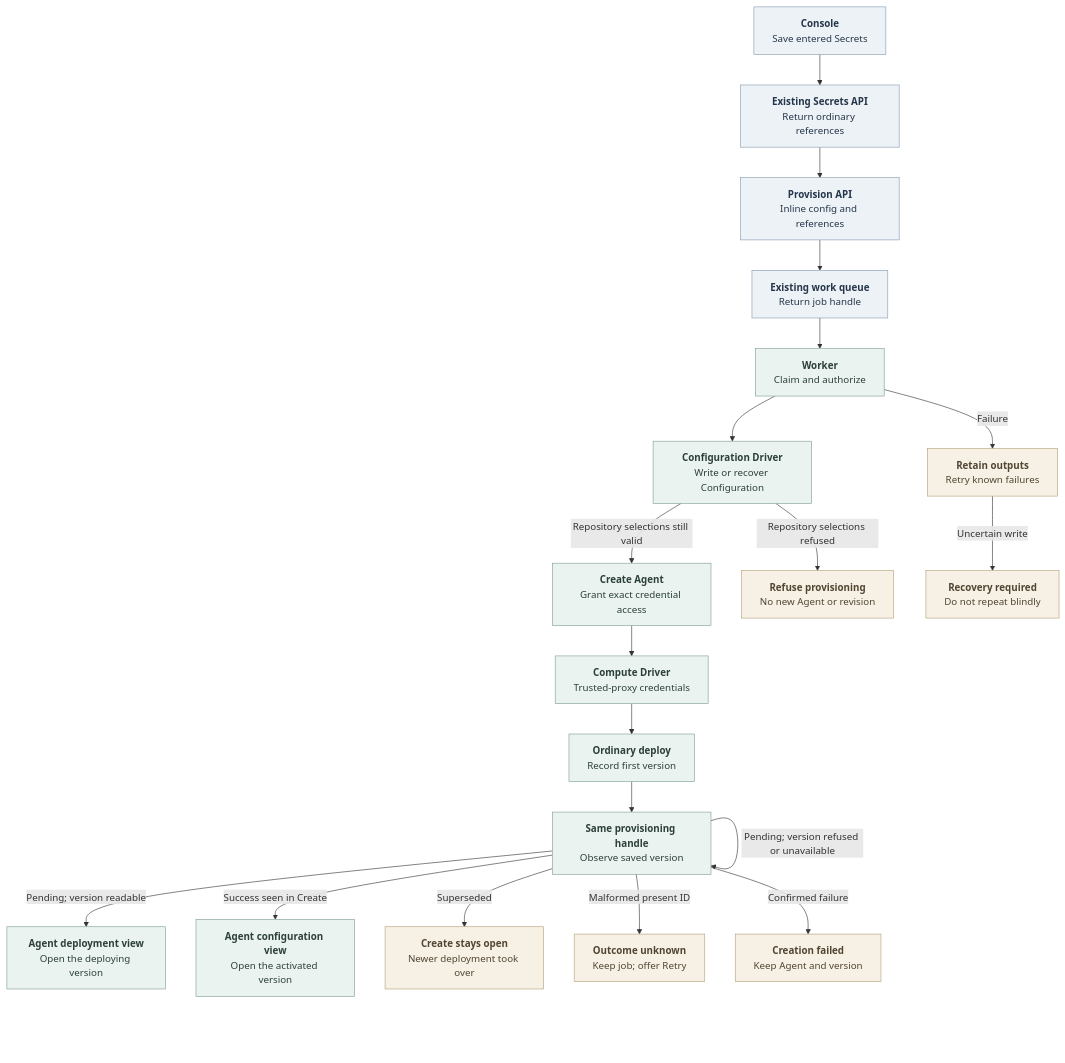
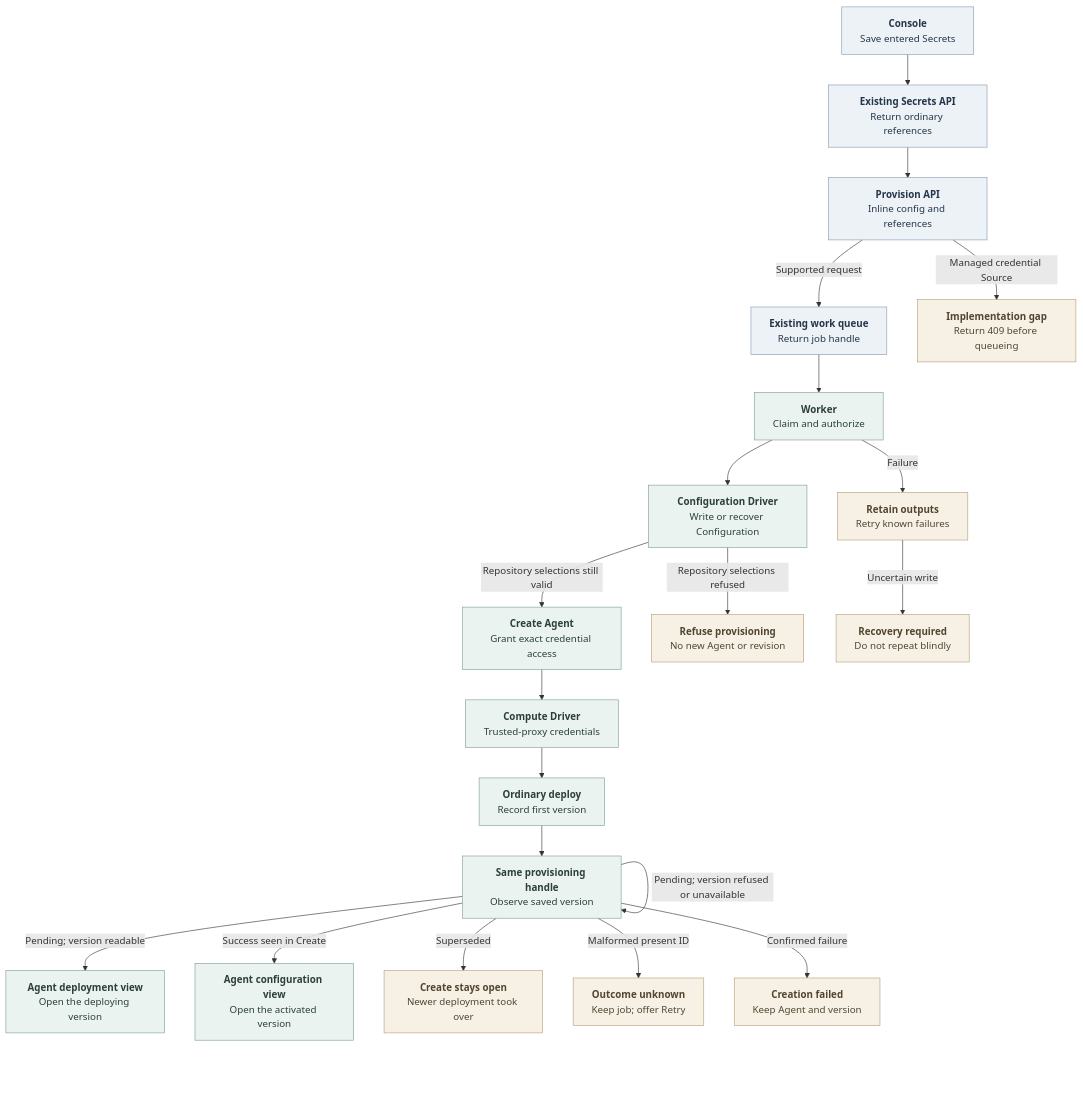
The diagram in docs/flows/agent-provisioning.md (openclaw/openclaw-enterprise), drawn with Mermaid before and after one commit. The commit also changed other lines of this file and 12 other files, not shown here.

Commit message:
docs: explain the credential flow and remaining implementation work

````diff
--- a/docs/flows/agent-provisioning.md
+++ b/docs/flows/agent-provisioning.md
@@ -26,28 +22,29 @@
 ```mermaid
 graph TD
   Console["<b>Console</b><br/>Save entered Secrets"] --> Secrets["<b>Existing Secrets API</b><br/>Return ordinary references"]
   Secrets --> API["<b>Provision API</b><br/>Inline config and references"]
-  API --> Queue["<b>Existing work queue</b><br/>Return job handle"]
+  API -->|Supported request| Queue["<b>Existing work queue</b><br/>Return job handle"]
+  API -->|Managed credential Source| Gap["<b>Implementation gap</b><br/>Return 409 before queueing"]
   Queue --> Claim["<b>Worker</b><br/>Claim and authorize"]
   Claim --> Config["<b>Configuration Driver</b><br/>Write or recover Configuration"]
   Config -->|Repository selections still valid| Agent["<b>Create Agent</b><br/>Grant exact credential access"]
   Config -->|Repository selections refused| RepoRefused["<b>Refuse provisioning</b><br/>No new Agent or revision"]
   Agent --> Transport["<b>Compute Driver</b><br/>Trusted-proxy credentials"]
   Transport --> Deploy["<b>Ordinary deploy</b><br/>Record first version"]
   Deploy --> Observe["<b>Same provisioning handle</b><br/>Observe saved version"]
   Observe -->|Pending; version readable| UI["<b>Agent deployment view</b><br/>Open the deploying version"]
   Observe -->|Pending; version refused or unavailable| Observe
   Observe -->|Success seen in Create| Settings["<b>Agent configuration view</b><br/>Open the activated version"]
   Observe -->|Superseded| Superseded["<b>Create stays open</b><br/>Newer deployment took over"]
   Observe -->|Malformed present ID| Unknown["<b>Outcome unknown</b><br/>Keep job; offer Retry"]
   Observe -->|Confirmed failure| Terminal["<b>Creation failed</b><br/>Keep Agent and version"]
   Claim -->|Failure| Failed["<b>Retain outputs</b><br/>Retry known failures"]
   Failed -->|Uncertain write| Recovery["<b>Recovery required</b><br/>Do not repeat blindly"]
 
   classDef state fill:#EDF2F7,stroke:#879AB0,color:#25364A,stroke-width:1px
   classDef operation fill:#EBF3F0,stroke:#7F9D93,color:#2B4038,stroke-width:1px
   classDef condition fill:#F7F1E5,stroke:#B3A078,color:#514532,stroke-width:1px
   class Console,Secrets,API,Queue state
   class Claim,Config,Agent,Transport,Deploy,Observe,UI,Settings operation
-  class Failed,Recovery,Terminal,Superseded,RepoRefused,Unknown condition
+  class Failed,Recovery,Terminal,Superseded,RepoRefused,Unknown,Gap condition
 ```
````
